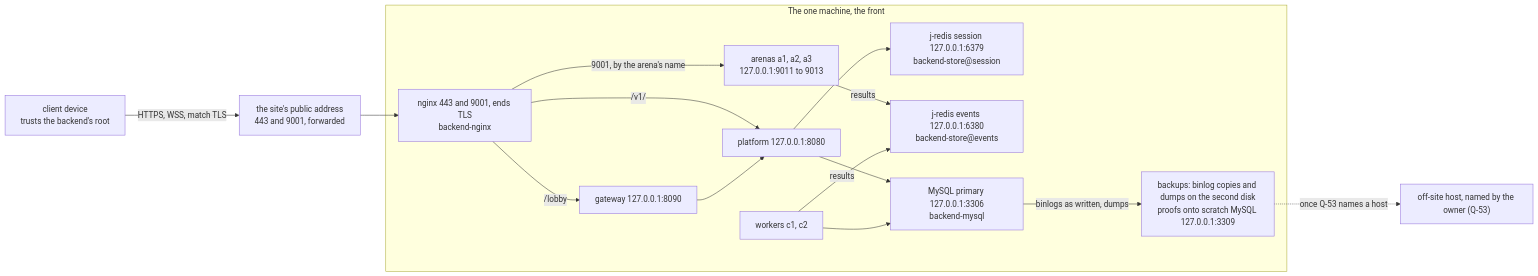
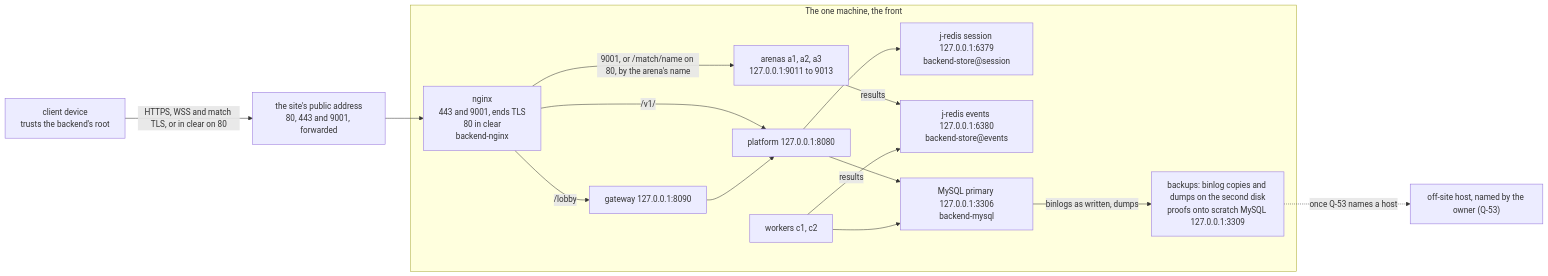
Before and after one commit to greensoft-atom/depio-simulation-platform: the first of 9 diagrams in docs/diagrams/07-deploy-and-operations.md, drawn with Mermaid. The commit also changed other lines of this file and 121 other files, not shown here.

````diff
--- a/docs/diagrams/07-deploy-and-operations.md
+++ b/docs/diagrams/07-deploy-and-operations.md
@@ -21,30 +23,30 @@
 ```mermaid
 flowchart LR
     client["client device<br/>trusts the backend's root"]
-    forward["the site's public address<br/>443 and 9001, forwarded"]
+    forward["the site's public address<br/>80, 443 and 9001, forwarded"]
     offsite["off-site host, named by the owner (Q-53)"]
     subgraph M["The one machine, the front"]
-        nginx["nginx 443 and 9001, ends TLS<br/>backend-nginx"]
+        nginx["nginx<br/>443 and 9001, ends TLS<br/>80 in clear<br/>backend-nginx"]
         gw["gateway 127.0.0.1:8090"]
         pf["platform 127.0.0.1:8080"]
         ar["arenas a1, a2, a3<br/>127.0.0.1:9011 to 9013"]
         wk["workers c1, c2"]
         ses["j-redis session 127.0.0.1:6379<br/>backend-store@session"]
         ev["j-redis events 127.0.0.1:6380<br/>backend-store@events"]
         my["MySQL primary 127.0.0.1:3306<br/>backend-mysql"]
         bk["backups: binlog copies and dumps on the second disk<br/>proofs onto scratch MySQL 127.0.0.1:3309"]
     end
-    client -->|"HTTPS, WSS, match TLS"| forward
+    client -->|"HTTPS, WSS and match TLS, or in clear on 80"| forward
     forward --> nginx
     nginx -->|"/v1/"| pf
     nginx -->|"/lobby"| gw
-    nginx -->|"9001, by the arena's name"| ar
+    nginx -->|"9001, or /match/name on 80, by the arena's name"| ar
     gw --> pf
     pf --> ses
     pf --> my
     ar -->|"results"| ev
     wk -->|"results"| ev
     wk --> my
     my -->|"binlogs as written, dumps"| bk
     bk -.->|"once Q-53 names a host"| offsite
 ```
````
